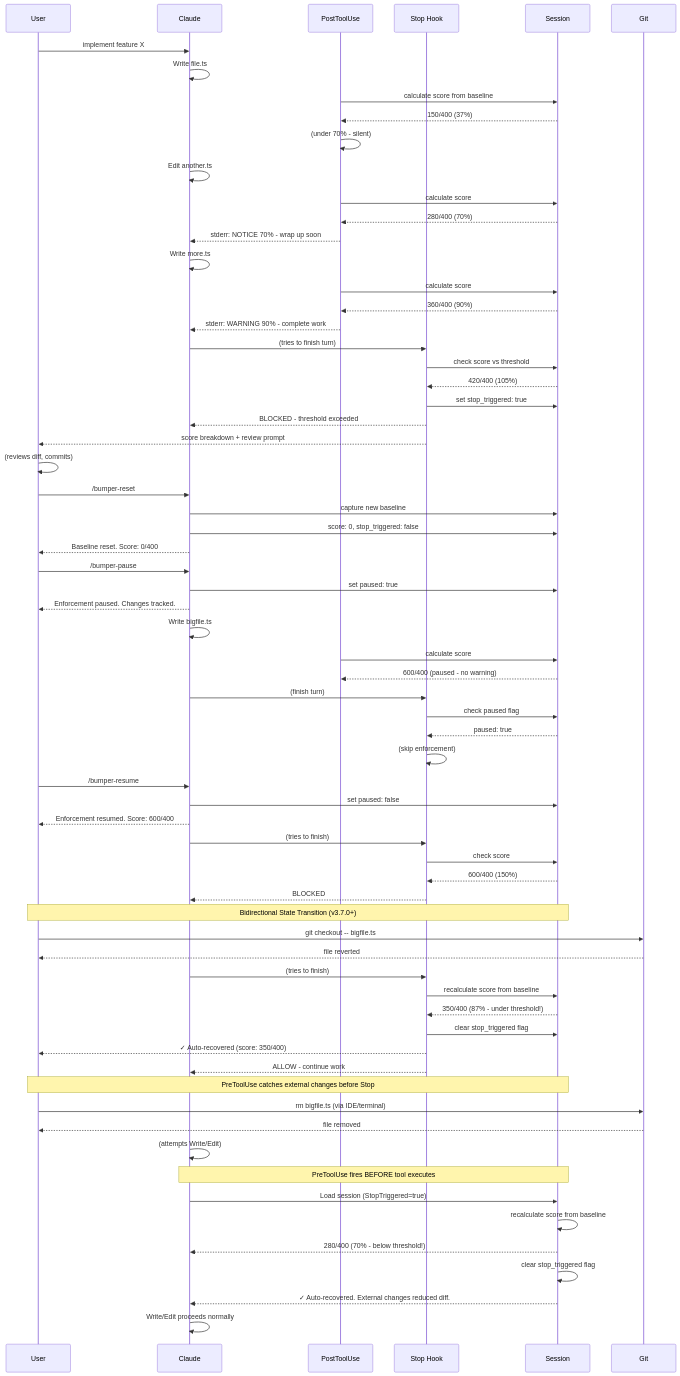
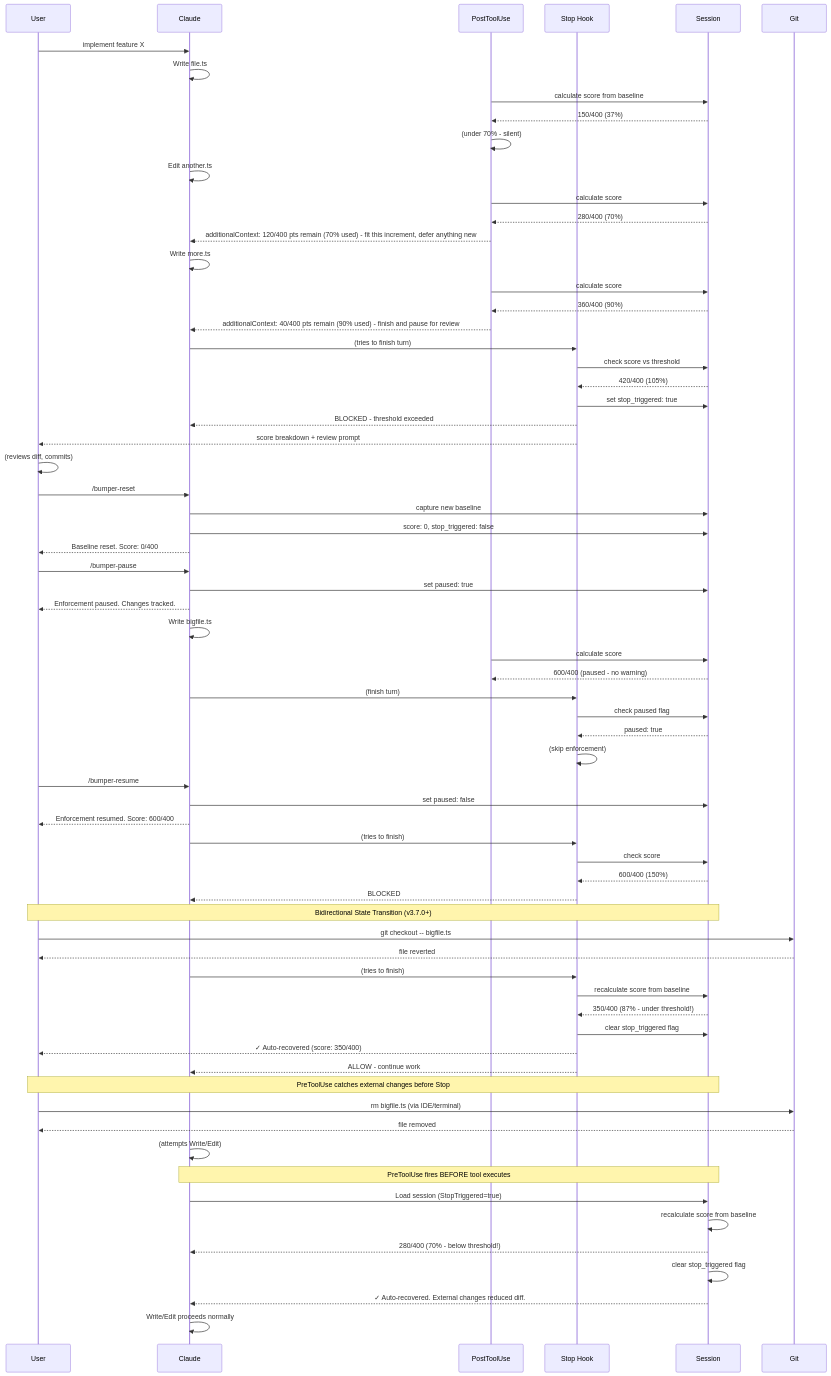
The diagram in docs/enforcement-sequence.mmd (kylesnowschwartz/claude-bumper-lanes), drawn with Mermaid before and after one commit. The commit also changed 8 other files, not shown here.

```diff
--- a/docs/enforcement-sequence.mmd
+++ b/docs/enforcement-sequence.mmd
@@ -1,128 +1,128 @@
 %% Enforcement Flow: Fuel gauge → stop → reset/pause/resume cycle
 %% Render: cat enforcement-sequence.mmd | mermaid-ascii -f -
 %% Focus: The core loop that constrains Claude's work
 
 sequenceDiagram
     participant User
     participant Claude
     participant PTU as PostToolUse
     participant Stop as Stop Hook
     participant Sess as Session
 
     %% === NORMAL OPERATION (under threshold) ===
     User->>Claude: implement feature X
     Claude->>Claude: Write file.ts
     PTU->>Sess: calculate score from baseline
     Sess-->>PTU: 150/400 (37%)
     PTU->>PTU: (under 70% - silent)
 
     %% === FUEL GAUGE WARNINGS ===
     Claude->>Claude: Edit another.ts
     PTU->>Sess: calculate score
     Sess-->>PTU: 280/400 (70%)
-    PTU-->>Claude: stderr: NOTICE 70% - wrap up soon
+    PTU-->>Claude: additionalContext: 120/400 pts remain (70% used) - fit this increment, defer anything new
 
     Claude->>Claude: Write more.ts
     PTU->>Sess: calculate score
     Sess-->>PTU: 360/400 (90%)
-    PTU-->>Claude: stderr: WARNING 90% - complete work
+    PTU-->>Claude: additionalContext: 40/400 pts remain (90% used) - finish and pause for review
 
     %% === THRESHOLD EXCEEDED ===
     Claude->>Stop: (tries to finish turn)
     Stop->>Sess: check score vs threshold
     Sess-->>Stop: 420/400 (105%)
     Stop->>Sess: set stop_triggered: true
     Stop-->>Claude: BLOCKED - threshold exceeded
     Stop-->>User: score breakdown + review prompt
 
     %% === USER REVIEW OPTIONS ===
 
     %% Option A: Reset after review
     User->>User: (reviews diff, commits)
     User->>Claude: /bumper-reset
     Claude->>Sess: capture new baseline
     Claude->>Sess: score: 0, stop_triggered: false
     Claude-->>User: Baseline reset. Score: 0/400
 
     %% Option B: Pause enforcement
     User->>Claude: /bumper-pause
     Claude->>Sess: set paused: true
     Claude-->>User: Enforcement paused. Changes tracked.
 
     %% While paused - no blocking
     Claude->>Claude: Write bigfile.ts
     PTU->>Sess: calculate score
     Sess-->>PTU: 600/400 (paused - no warning)
     Claude->>Stop: (finish turn)
     Stop->>Sess: check paused flag
     Sess-->>Stop: paused: true
     Stop->>Stop: (skip enforcement)
 
     %% Resume enforcement
     User->>Claude: /bumper-resume
     Claude->>Sess: set paused: false
     Claude-->>User: Enforcement resumed. Score: 600/400
 
     %% Now blocked again
     Claude->>Stop: (tries to finish)
     Stop->>Sess: check score
     Sess-->>Stop: 600/400 (150%)
     Stop-->>Claude: BLOCKED
 
     %% === AUTO-RECOVERY (v3.7.0+) ===
     %% Option C: User reverts changes - automatic recovery
     Note over User,Sess: Bidirectional State Transition (v3.7.0+)
 
     %% Case 1: Stop hook auto-recovery (v3.7.0)
     User->>Git: git checkout -- bigfile.ts
     Git-->>User: file reverted
     Claude->>Stop: (tries to finish)
     Stop->>Sess: recalculate score from baseline
     Sess-->>Stop: 350/400 (87% - under threshold!)
     Stop->>Sess: clear stop_triggered flag
     Stop-->>User: ✓ Auto-recovered (score: 350/400)
     Stop-->>Claude: ALLOW - continue work
 
     %% Case 2: PreToolUse auto-recovery (v3.8.0 - PR #3 fix)
     Note over User,Sess: PreToolUse catches external changes before Stop
     User->>Git: rm bigfile.ts (via IDE/terminal)
     Git-->>User: file removed
     Claude->>Claude: (attempts Write/Edit)
     Note over Claude,Sess: PreToolUse fires BEFORE tool executes
     Claude->>Sess: Load session (StopTriggered=true)
     Sess->>Sess: recalculate score from baseline
     Sess-->>Claude: 280/400 (70% - below threshold!)
     Sess->>Sess: clear stop_triggered flag
     Sess-->>Claude: ✓ Auto-recovered. External changes reduced diff.
     Claude->>Claude: Write/Edit proceeds normally
 
 %% ============================================================
 %% VALIDATION REFERENCES
 %% ============================================================
 %% - PostToolUse tiers: internal/hooks/post_tool_use.go:119-128
 %% - Stop blocking: internal/hooks/stop.go:127-184
 %% - Stop auto-recovery: internal/hooks/stop.go:136-154 (v3.7.0)
 %% - PreToolUse auto-recovery: internal/hooks/pre_tool_use.go:112-142 (v3.8.0)
 %% - PreToolUse blocking: internal/hooks/pre_tool_use.go:145-154
 %% - Reset: internal/hooks/prompt_handler.go:96-115
 %% - Pause: internal/hooks/prompt_handler.go:118-131
 %% - Resume: internal/hooks/prompt_handler.go:134-147
 %%
-%% FUEL GAUGE TIERS
+%% FUEL GAUGE TIERS (delivered via hookSpecificOutput.additionalContext, exit 0)
 %% - <70%: Silent
-%% - 70%: NOTICE - wrap up current task
-%% - 90%: WARNING - complete work, ask about checkpoint
+%% - 70%: remaining-points line - fit the current increment, defer new work
+%% - 90%: remaining-points line - finish and pause for review
 %%
 %% PAIN POINTS
 %% 1. Warnings visible but muted - status line could surface escalation better
 %% 2. Pause accumulates unbounded score - can be huge on resume
 %% 3. No partial reset - it's all-or-nothing baseline capture
 %% 4. Auto-reset on commit not shown (separate flow)
 %% 5. ~~Score can decrease if user reverts changes - not obvious~~ (FIXED v3.7.0: Stop auto-recovery, v3.8.0: PreToolUse auto-recovery)
 %%
 %% STATUS LINE TIERS (implemented)
 %% Status line now matches fuel gauge visibility:
 %% - 0-69%:  green  "active"
 %% - 70-89%: yellow "NOTICE"
 %% - 90-99%: orange "WARNING"
 %% - 100%+: red    "TRIPPED"
```
